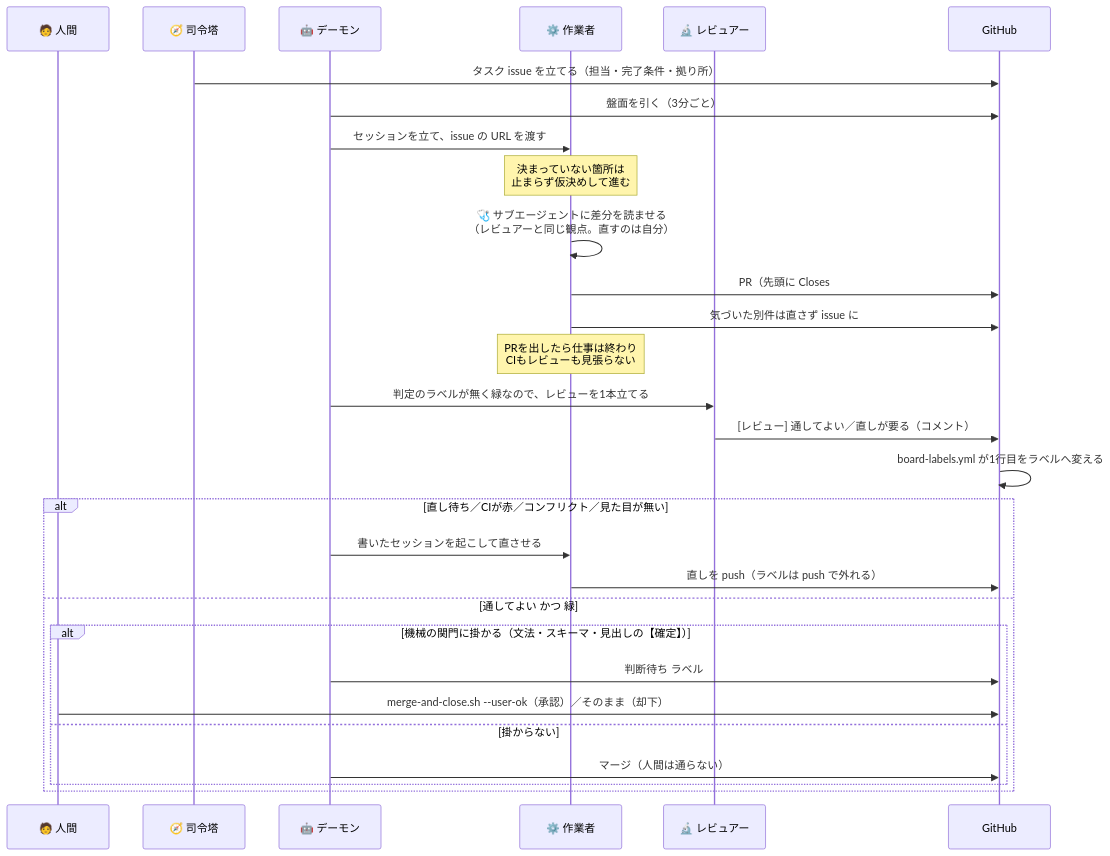
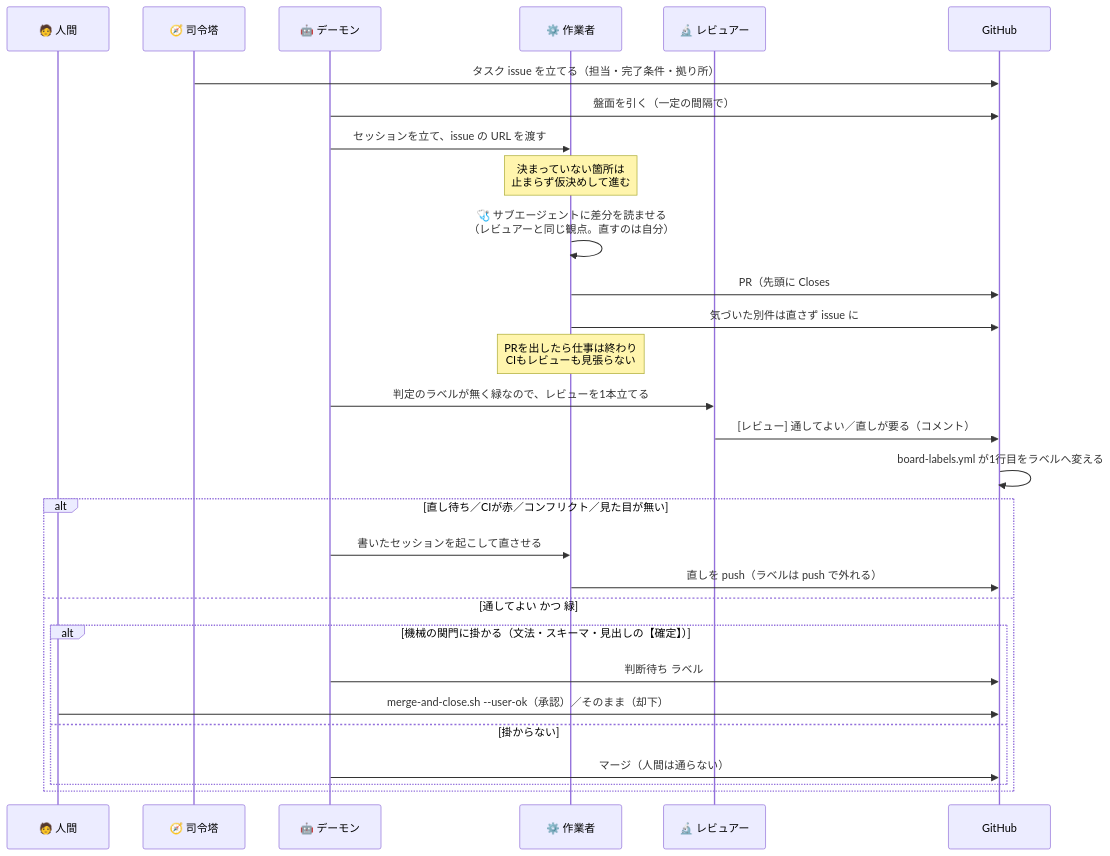
The third of 5 diagrams in docs/ParallelAgents.md (gooyyu1/UnmappedIsland), drawn with Mermaid before and after one commit. The commit also changed other lines of this file and 7 other files, not shown here.

````diff
--- a/docs/ParallelAgents.md
+++ b/docs/ParallelAgents.md
@@ -196,33 +196,33 @@
 ```mermaid
 sequenceDiagram
     participant H as 🧑 人間
     participant C as 🧭 司令塔
     participant D as 🤖 デーモン
     participant W as ⚙️ 作業者
     participant R as 🔬 レビュアー
     participant G as GitHub
 
     C->>G: タスク issue を立てる（担当・完了条件・拠り所）
-    D->>G: 盤面を引く（3分ごと）
+    D->>G: 盤面を引く（一定の間隔で）
     D->>W: セッションを立て、issue の URL を渡す
     Note over W: 決まっていない箇所は<br/>止まらず仮決めして進む
     W->>W: 🩺 サブエージェントに差分を読ませる<br/>（レビュアーと同じ観点。直すのは自分）
     W->>G: PR（先頭に Closes #N と ## 仮決め）
     W->>G: 気づいた別件は直さず issue に
     Note over W: PRを出したら仕事は終わり<br/>CIもレビューも見張らない
     D->>R: 判定のラベルが無く緑なので、レビューを1本立てる
     R->>G: [レビュー] 通してよい／直しが要る（コメント）
     G->>G: board-labels.yml が1行目をラベルへ変える
 
     alt 直し待ち／CIが赤／コンフリクト／見た目が無い
         D->>W: 書いたセッションを起こして直させる
         W->>G: 直しを push（ラベルは push で外れる）
     else 通してよい かつ 緑
         alt 機械の関門に掛かる（文法・スキーマ・見出しの【確定】）
             D->>G: 判断待ち ラベル
             H->>G: merge-and-close.sh --user-ok（承認）／そのまま（却下）
         else 掛からない
             D->>G: マージ（人間は通らない）
         end
     end
 ```
````
